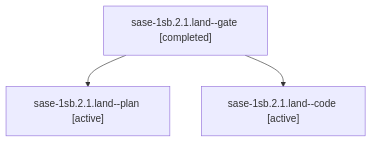
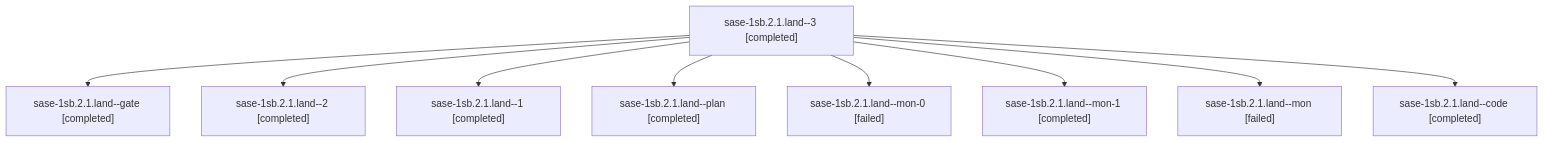
The diagram in sessions/bbugyi200.athena.sase-1sb.2.1.land.md (sase-org/sase--agents), drawn with Mermaid before and after one commit. The commit also changed other lines of this file and 97 other files, not shown here.

````diff
--- a/sessions/bbugyi200.athena.sase-1sb.2.1.land.md
+++ b/sessions/bbugyi200.athena.sase-1sb.2.1.land.md
@@ -9,8 +9,20 @@
 ```mermaid
 flowchart TD
-  n0["sase-1sb.2.1.land--gate [completed]"]
-  n1["sase-1sb.2.1.land--plan [active]"]
+  n0["sase-1sb.2.1.land--3 [completed]"]
+  n1["sase-1sb.2.1.land--gate [completed]"]
   n0 --> n1
-  n2["sase-1sb.2.1.land--code [active]"]
+  n2["sase-1sb.2.1.land--2 [completed]"]
   n0 --> n2
+  n3["sase-1sb.2.1.land--1 [completed]"]
+  n0 --> n3
+  n4["sase-1sb.2.1.land--plan [completed]"]
+  n0 --> n4
+  n5["sase-1sb.2.1.land--mon-0 [failed]"]
+  n0 --> n5
+  n6["sase-1sb.2.1.land--mon-1 [completed]"]
+  n0 --> n6
+  n7["sase-1sb.2.1.land--mon [failed]"]
+  n0 --> n7
+  n8["sase-1sb.2.1.land--code [completed]"]
+  n0 --> n8
 ```
````
